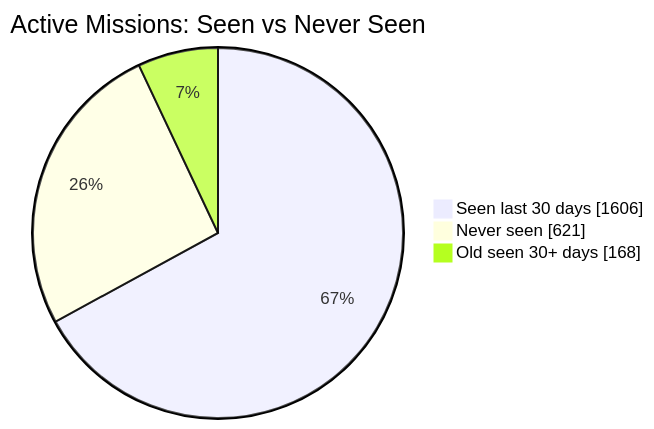
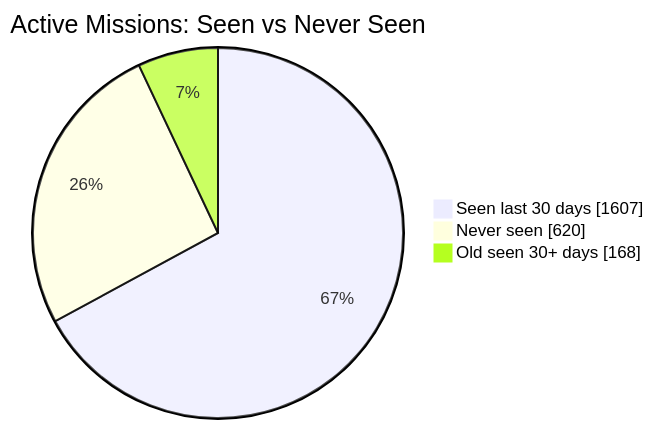
The first of 2 diagrams in README.md (MeldkamerspelGameTeam/active-missions), drawn with Mermaid before and after one commit. The commit also changed other lines of this file and 2 other files, not shown here.

````diff
--- a/README.md
+++ b/README.md
@@ -34,7 +34,7 @@
 ```mermaid
 pie showData
     title Active Missions: Seen vs Never Seen
-    "Seen last 30 days" : 1606
-    "Never seen" : 621
+    "Seen last 30 days" : 1607
+    "Never seen" : 620
     "Old seen 30+ days" : 168
 ```
````
